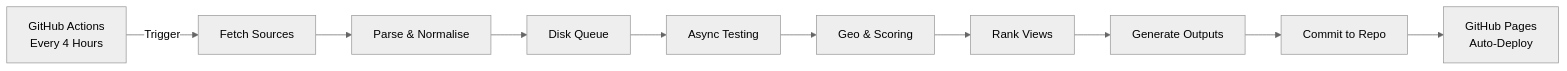
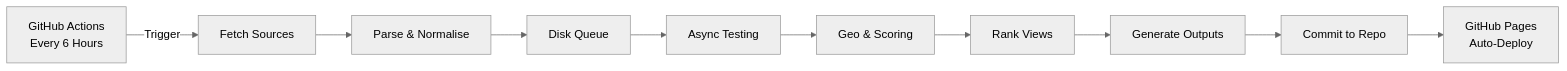
Before and after one commit to AmirrezaFarnamTaheri/ConfigStream: the diagram in README.md, drawn with Mermaid (neutral theme). The commit also changed other lines of this file and 4 other files, not shown here.

````diff
--- a/README.md
+++ b/README.md
@@ -60,12 +60,12 @@
 ```mermaid
 graph LR
-    A[GitHub Actions<br/>Every 4 Hours] -->|Trigger| B[Fetch Sources]
+    A[GitHub Actions<br/>Every 6 Hours] -->|Trigger| B[Fetch Sources]
     B --> C[Parse & Normalise]
     C --> D[Disk Queue]
     D --> E[Async Testing]
     E --> F[Geo & Scoring]
     F --> G[Rank Views]
     G --> H[Generate Outputs]
     H --> I[Commit to Repo]
     I --> J[GitHub Pages<br/>Auto-Deploy]
 ```
````
